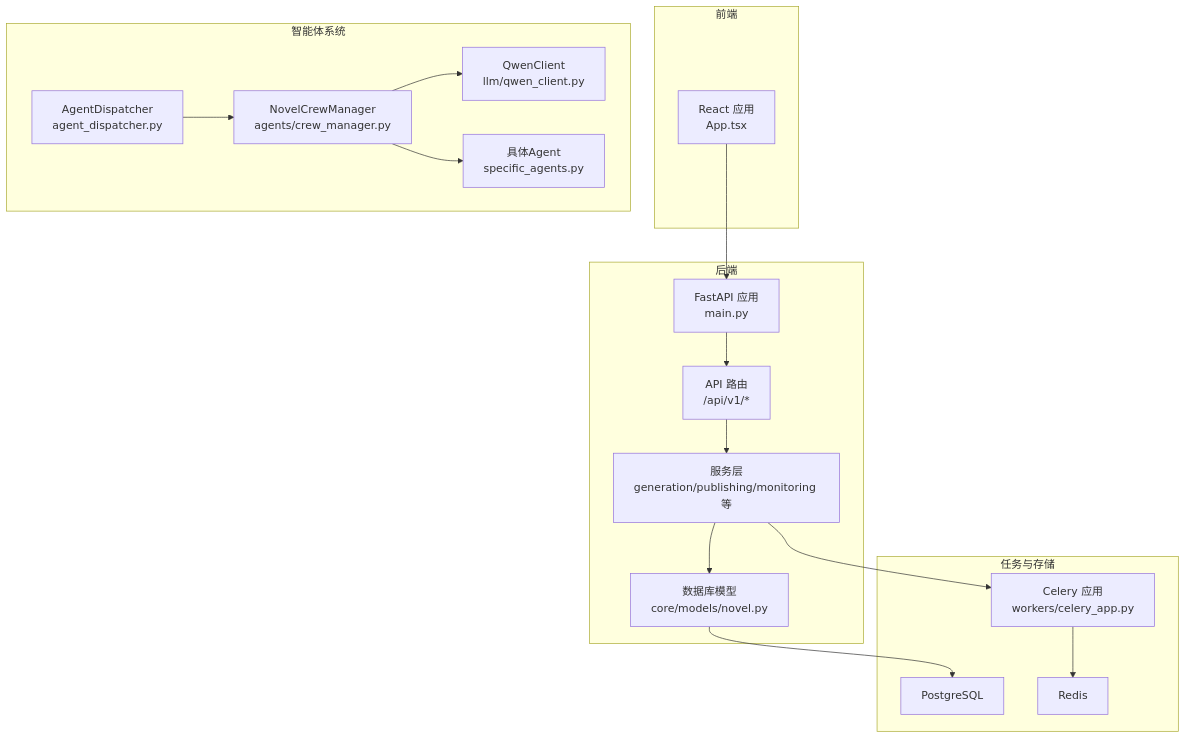
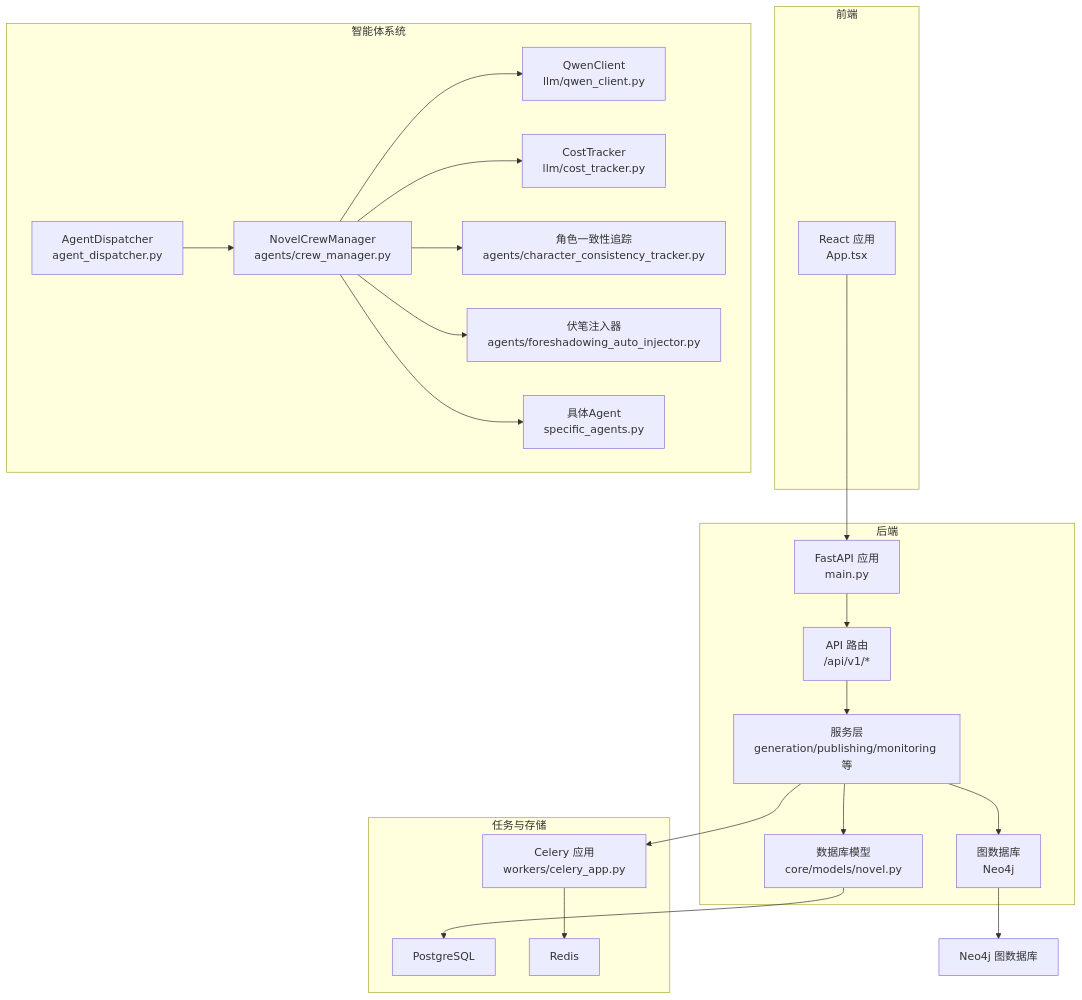
Before and after one commit to xfbyxq/ai-novel-system: the first of 15 diagrams in .qoder/repowiki/zh/content/项目概述/项目概述.md, drawn with Mermaid. The commit also changed other lines of this file and 9 other files, not shown here.

First line of the commit message:
feat(core): 完善v2.1.0版本，新增Neo4j图数据库及多项智能功能

````diff
--- a/.qoder/repowiki/zh/content/项目概述/项目概述.md
+++ b/.qoder/repowiki/zh/content/项目概述/项目概述.md
@@ -61,33 +78,42 @@
 ```mermaid
 graph TB
 subgraph "前端"
 FE_App["React 应用<br/>App.tsx"]
 end
 subgraph "后端"
 API["FastAPI 应用<br/>main.py"]
 Router["API 路由<br/>/api/v1/*"]
 Services["服务层<br/>generation/publishing/monitoring 等"]
 DB["数据库模型<br/>core/models/novel.py"]
+GraphDB["图数据库<br/>Neo4j"]
 end
 subgraph "智能体系统"
 Dispatcher["AgentDispatcher<br/>agent_dispatcher.py"]
 CrewMgr["NovelCrewManager<br/>agents/crew_manager.py"]
 Agents["具体Agent<br/>specific_agents.py"]
 Qwen["QwenClient<br/>llm/qwen_client.py"]
+Cost["CostTracker<br/>llm/cost_tracker.py"]
+Consistency["角色一致性追踪<br/>agents/character_consistency_tracker.py"]
+Foreshadowing["伏笔注入器<br/>agents/foreshadowing_auto_injector.py"]
 end
 subgraph "任务与存储"
 Celery["Celery 应用<br/>workers/celery_app.py"]
 Postgres["PostgreSQL"]
 Redis["Redis"]
 end
 FE_App --> API
 API --> Router
 Router --> Services
 Services --> DB
+Services --> GraphDB
 Services --> Celery
 Dispatcher --> CrewMgr
 CrewMgr --> Qwen
+CrewMgr --> Cost
+CrewMgr --> Consistency
+CrewMgr --> Foreshadowing
 CrewMgr --> Agents
 Celery --> Redis
 DB --> Postgres
+GraphDB --> Neo4j["Neo4j 图数据库"]
 ```
````
